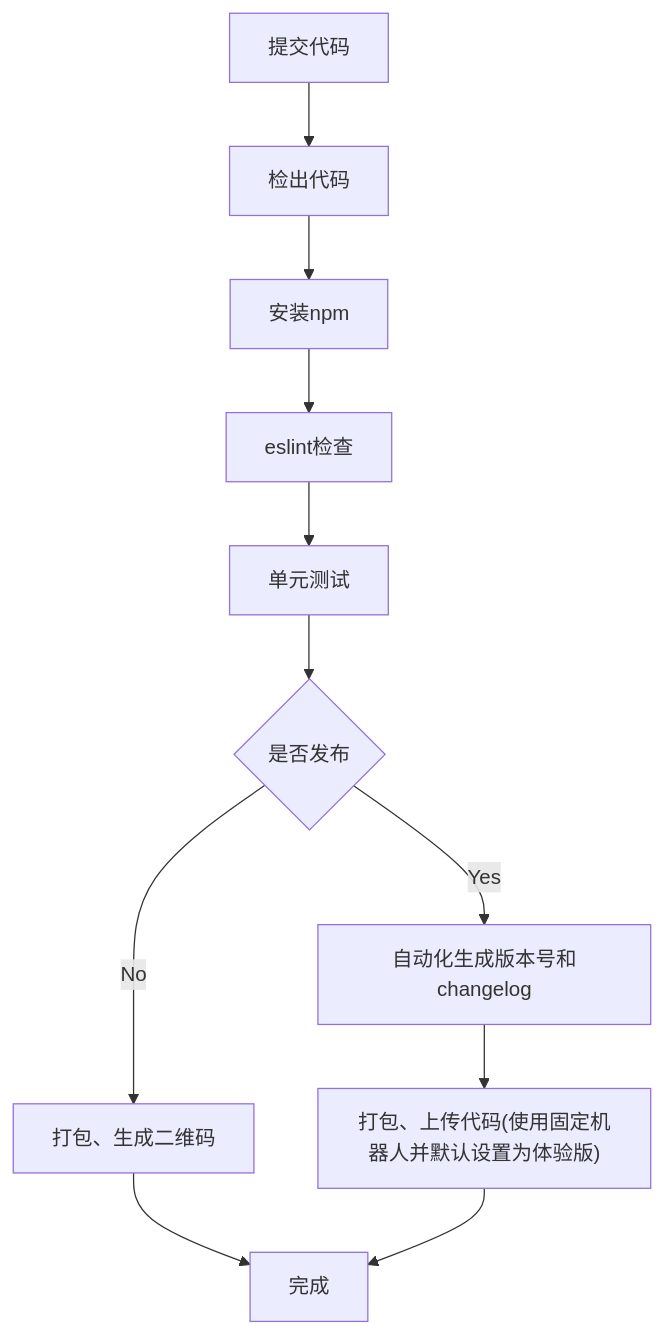
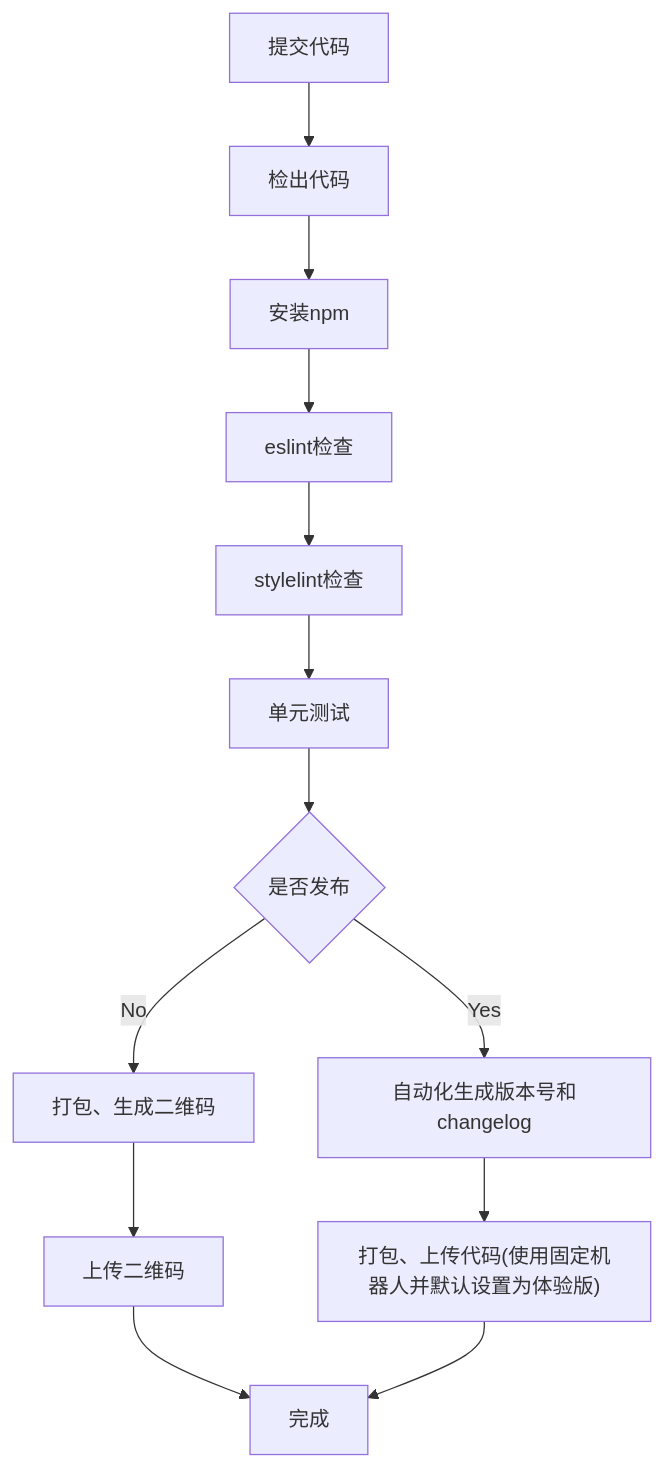
Before and after one commit to LeoLun/willow-blog: the diagram in docs/pages/miniprogram-init.md, drawn with Mermaid. The commit also changed other lines of this file and 3 other files, not shown here.

````diff
--- a/docs/pages/miniprogram-init.md
+++ b/docs/pages/miniprogram-init.md
@@ -442,13 +500,15 @@
 ```mermaid
 flowchart TB
   commit[提交代码] --> checkout[检出代码]
   checkout --> npm[安装npm]
   npm --> eslint[eslint检查]
-  eslint --> unitTest[单元测试]
+  eslint --> stylelint[stylelint检查]
+  stylelint --> unitTest[单元测试]
   unitTest --> release{是否发布}
 	release --> |Yes| changelog["自动化生成版本号和changelog"]
   release --> |No| build["打包、生成二维码"]
 	changelog --> upload["打包、上传代码(使用固定机器人并默认设置为体验版)"]
-  build --> finish["完成"]
+  build --> qrcode["上传二维码"]
+  qrcode --> finish["完成"]
   upload --> finish
 ```
````
